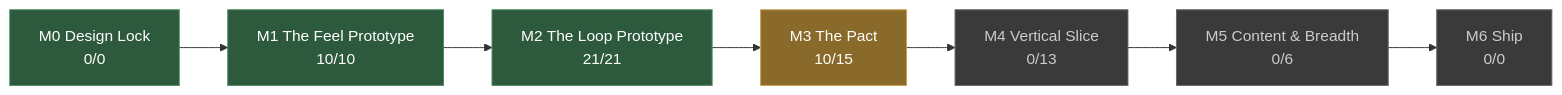
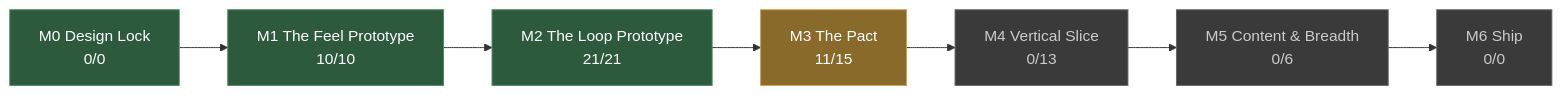
The diagram in docs/STATUS.md (JoshuaGessner/she), drawn with Mermaid before and after one commit. The commit also changed other lines of this file and 9 other files, not shown here.

````diff
--- a/docs/STATUS.md
+++ b/docs/STATUS.md
@@ -13,19 +13,19 @@
 ```mermaid
 flowchart LR
   M0["M0 Design Lock<br/>0/0"]:::passed
   M1["M1 The Feel Prototype<br/>10/10"]:::passed
   M0 --> M1
   M2["M2 The Loop Prototype<br/>21/21"]:::passed
   M1 --> M2
-  M3["M3 The Pact<br/>10/15"]:::current
+  M3["M3 The Pact<br/>11/15"]:::current
   M2 --> M3
   M4["M4 Vertical Slice<br/>0/13"]:::ahead
   M3 --> M4
   M5["M5 Content & Breadth<br/>0/6"]:::ahead
   M4 --> M5
   M6["M6 Ship<br/>0/0"]:::ahead
   M5 --> M6
   classDef passed fill:#2d5a3d,stroke:#4a8a5f,color:#fff
   classDef current fill:#8a6a2a,stroke:#c8a04a,color:#fff
   classDef ahead fill:#3a3a3a,stroke:#666,color:#ccc
 ```
````
